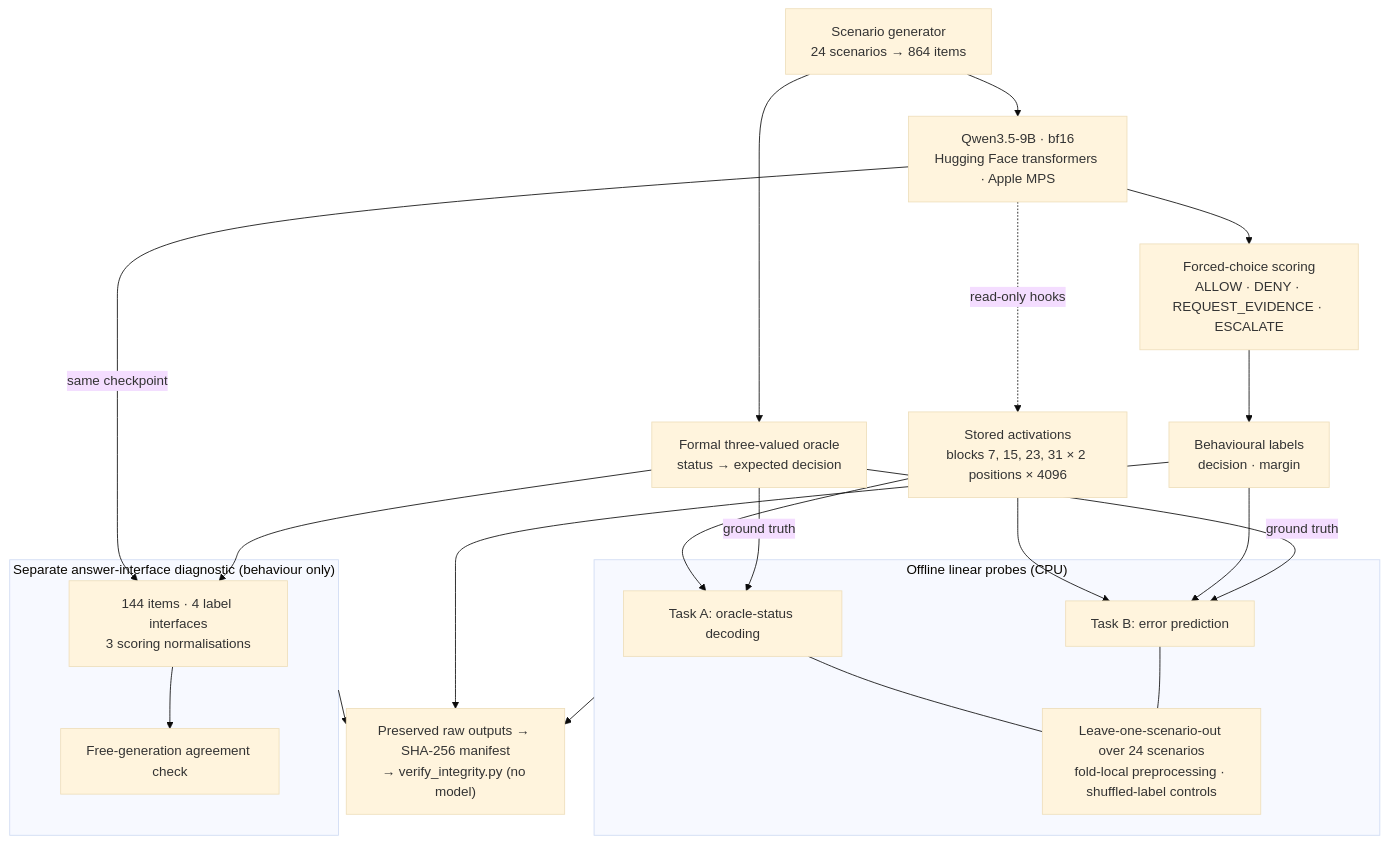
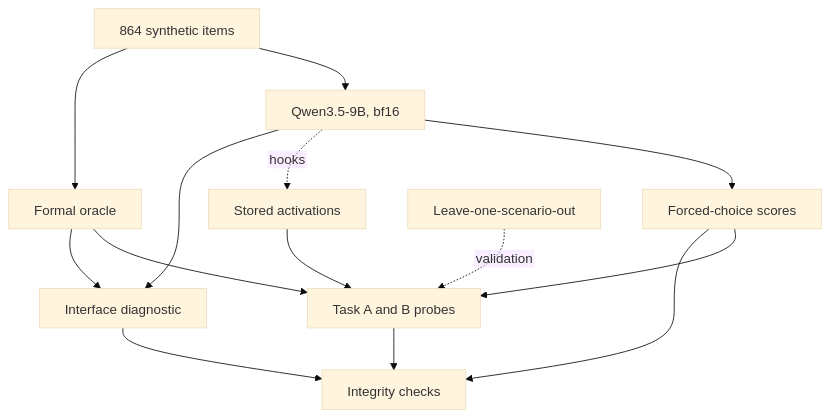
Before and after one commit to pm2m1/authorization-guard-interpretability: the diagram in README.md, drawn with Mermaid (base theme). The commit also changed other lines of this file and 3 other files, not shown here.

First line of the commit message:
Fix Mermaid label clipping: short single-line labels, HTML labels disabled, simplified edges

````diff
--- a/README.md
+++ b/README.md
@@ -27,34 +27,17 @@
 ```mermaid
+%%{init: {"htmlLabels": false, "flowchart": {"htmlLabels": false}}}%%
 flowchart TD
-    Gen["Scenario generator<br/>24 scenarios → 864 items"] --> Oracle["Formal three-valued oracle<br/>status → expected decision"]
-    Gen --> Model["Qwen3.5-9B · bf16<br/>Hugging Face transformers · Apple MPS"]
-    Model --> Scoring["Forced-choice scoring<br/>ALLOW · DENY · REQUEST_EVIDENCE · ESCALATE"]
-    Model -.->|read-only hooks| Acts["Stored activations<br/>blocks 7, 15, 23, 31 × 2 positions × 4096"]
-    Scoring --> Labels["Behavioural labels<br/>decision · margin"]
-
-    subgraph Offline["Offline linear probes (CPU)"]
-        TaskA["Task A: oracle-status decoding"]
-        TaskB["Task B: error prediction"]
-        CV["Leave-one-scenario-out over 24 scenarios<br/>fold-local preprocessing · shuffled-label controls"]
-    end
-
-    Acts --> TaskA
-    Acts --> TaskB
-    Labels --> TaskB
-    Oracle -->|ground truth| TaskA
-    Oracle -->|ground truth| TaskB
-    TaskA --- CV
-    TaskB --- CV
-
-    subgraph Diagnostic["Separate answer-interface diagnostic (behaviour only)"]
-        Interfaces["144 items · 4 label interfaces<br/>3 scoring normalisations"]
-        Agree["Free-generation agreement check"]
-        Interfaces --> Agree
-    end
-
-    Model -->|same checkpoint| Interfaces
-    Oracle --> Interfaces
-    Labels --> Integrity["Preserved raw outputs → SHA-256 manifest<br/>→ verify_integrity.py (no model)"]
-    Offline --> Integrity
-    Diagnostic --> Integrity
+    Gen["864 synthetic items"] --> Model["Qwen3.5-9B, bf16"]
+    Gen --> Oracle["Formal oracle"]
+    Model --> Scores["Forced-choice scores"]
+    Model -. hooks .-> Acts["Stored activations"]
+    Acts --> Probes["Task A and B probes"]
+    Scores --> Probes
+    Oracle --> Probes
+    CV["Leave-one-scenario-out"] -. validation .-> Probes
+    Model --> Diag["Interface diagnostic"]
+    Oracle --> Diag
+    Scores --> Check["Integrity checks"]
+    Probes --> Check
+    Diag --> Check
 ```
````
